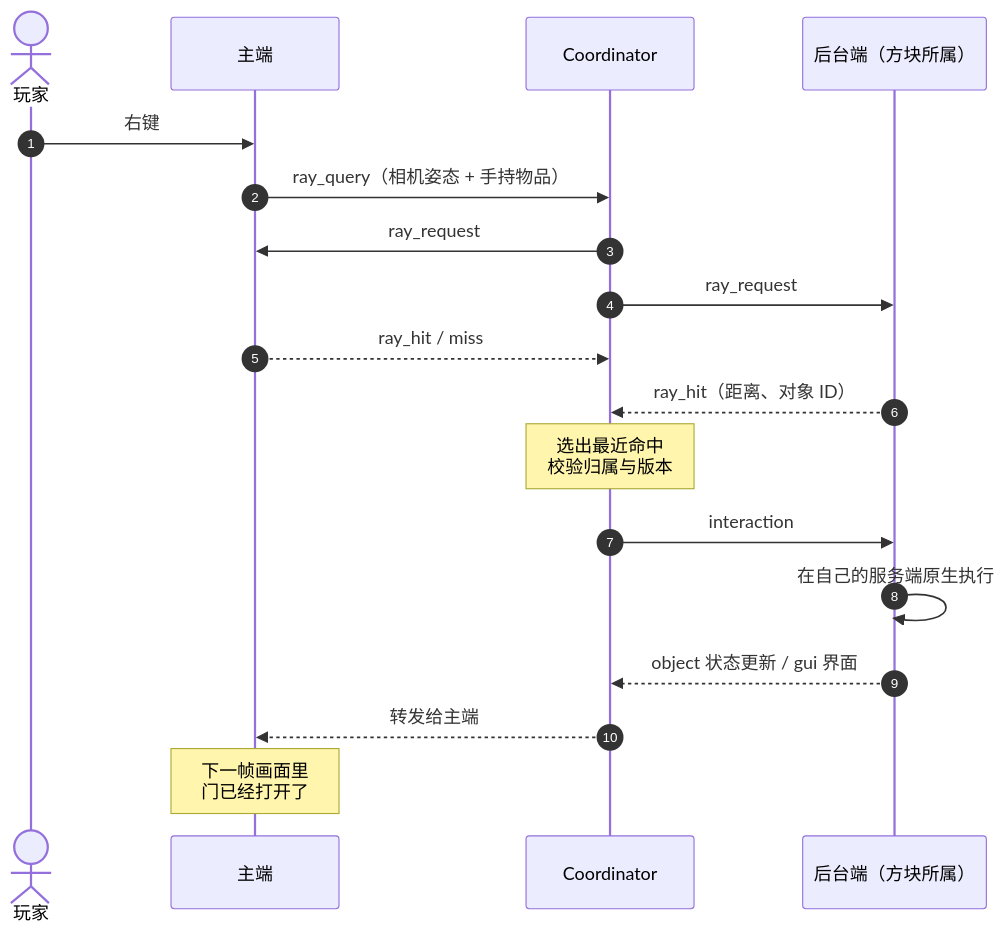
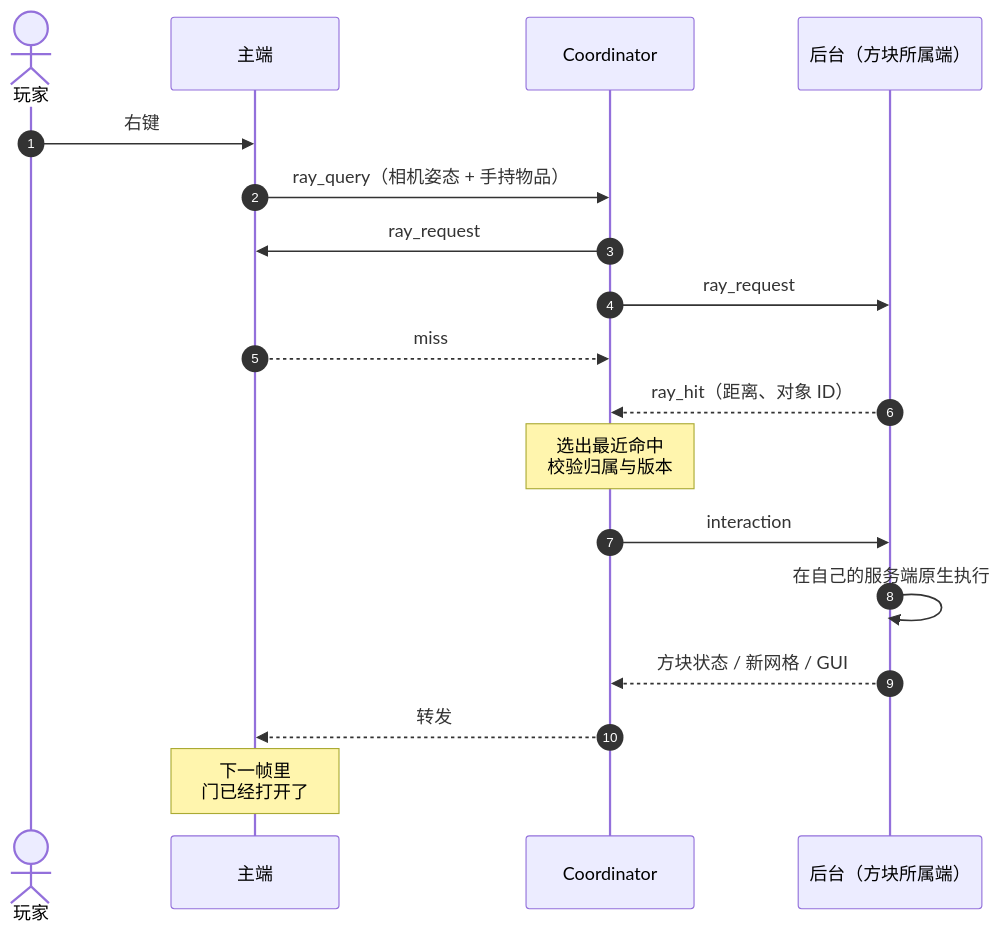
Before and after one commit to xiaozhe19/mmlf: the second of 2 diagrams in README.md, drawn with Mermaid. The commit also changed other lines of this file and 37 other files, not shown here.

````diff
--- a/README.md
+++ b/README.md
@@ -171,20 +193,20 @@
 ```mermaid
 sequenceDiagram
     autonumber
     actor U as 玩家
     participant P as 主端
     participant C as Coordinator
-    participant B as 后台端（方块所属）
+    participant B as 后台（方块所属端）
     U->>P: 右键
     P->>C: ray_query（相机姿态 + 手持物品）
     C->>P: ray_request
     C->>B: ray_request
-    P-->>C: ray_hit / miss
+    P-->>C: miss
     B-->>C: ray_hit（距离、对象 ID）
     Note over C: 选出最近命中<br/>校验归属与版本
     C->>B: interaction
     B->>B: 在自己的服务端原生执行
-    B-->>C: object 状态更新 / gui 界面
-    C-->>P: 转发给主端
-    Note over P: 下一帧画面里<br/>门已经打开了
+    B-->>C: 方块状态 / 新网格 / GUI
+    C-->>P: 转发
+    Note over P: 下一帧里<br/>门已经打开了
 ```
````
